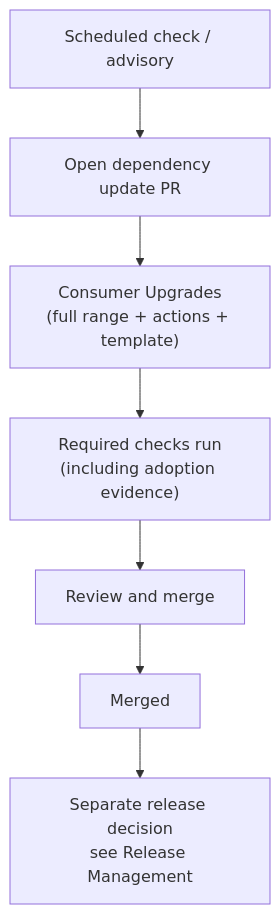
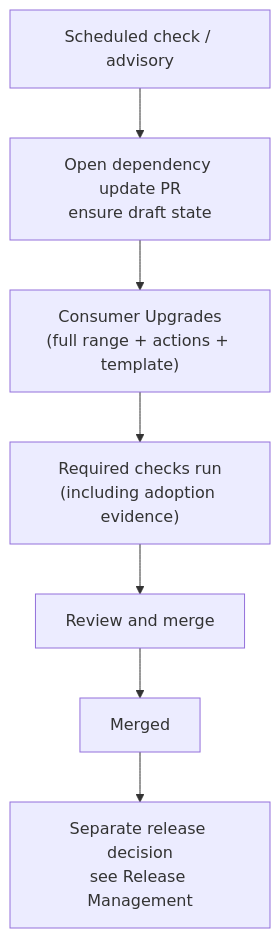
The diagram in src/docs/Capabilities/dependency-updates/design.md (MSXOrg/docs), drawn with Mermaid before and after one commit. The commit also changed other lines of this file and 2 other files, not shown here.

Commit message:
Enforce stable backfill and draft update entry gates

````diff
--- a/src/docs/Capabilities/dependency-updates/design.md
+++ b/src/docs/Capabilities/dependency-updates/design.md
@@ -77,9 +77,9 @@
 ```mermaid
 flowchart TD
-  check["Scheduled check / advisory"] --> pr["Open dependency update PR"]
+  check["Scheduled check / advisory"] --> pr["Open dependency update PR<br/>ensure draft state"]
   pr --> adoption["Consumer Upgrades<br/>(full range + actions + template)"]
   adoption --> ci["Required checks run<br/>(including adoption evidence)"]
   ci --> review["Review and merge"]
   review --> merged["Merged"]
   merged --> release["Separate release decision<br/>see Release Management"]
 ```
````
